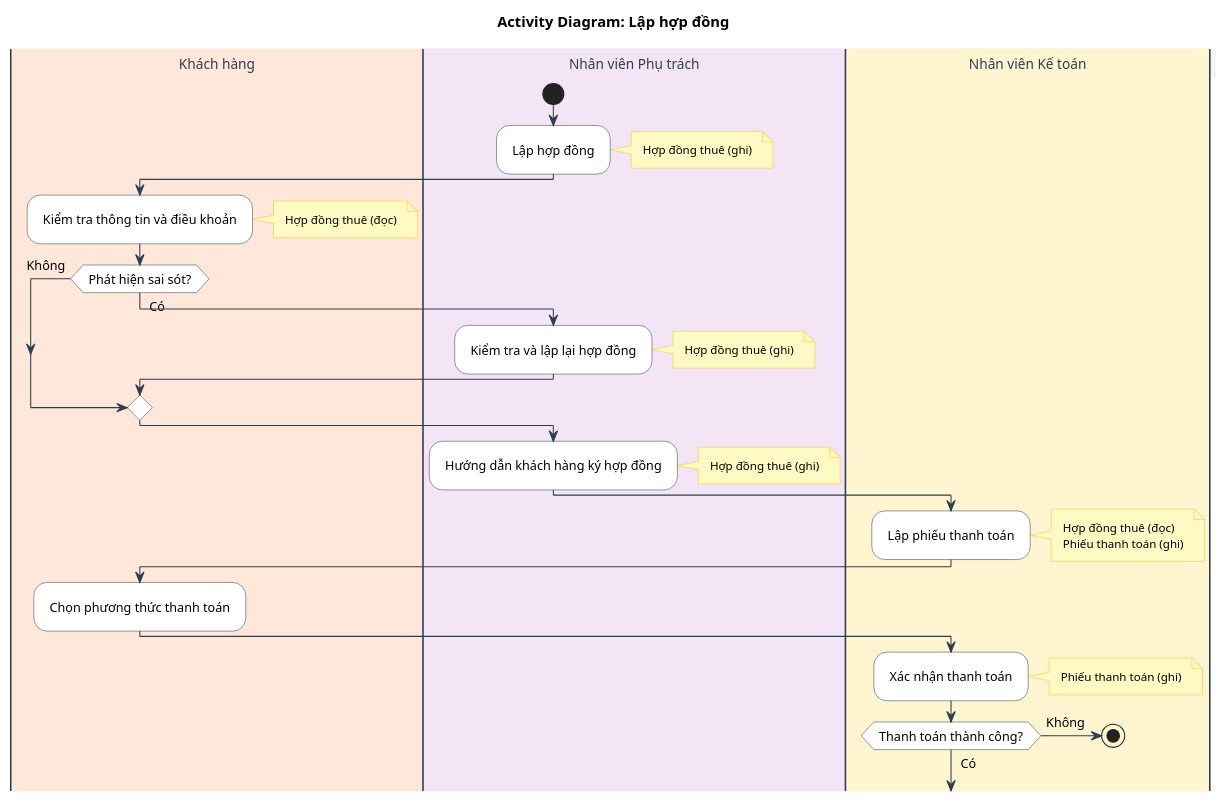
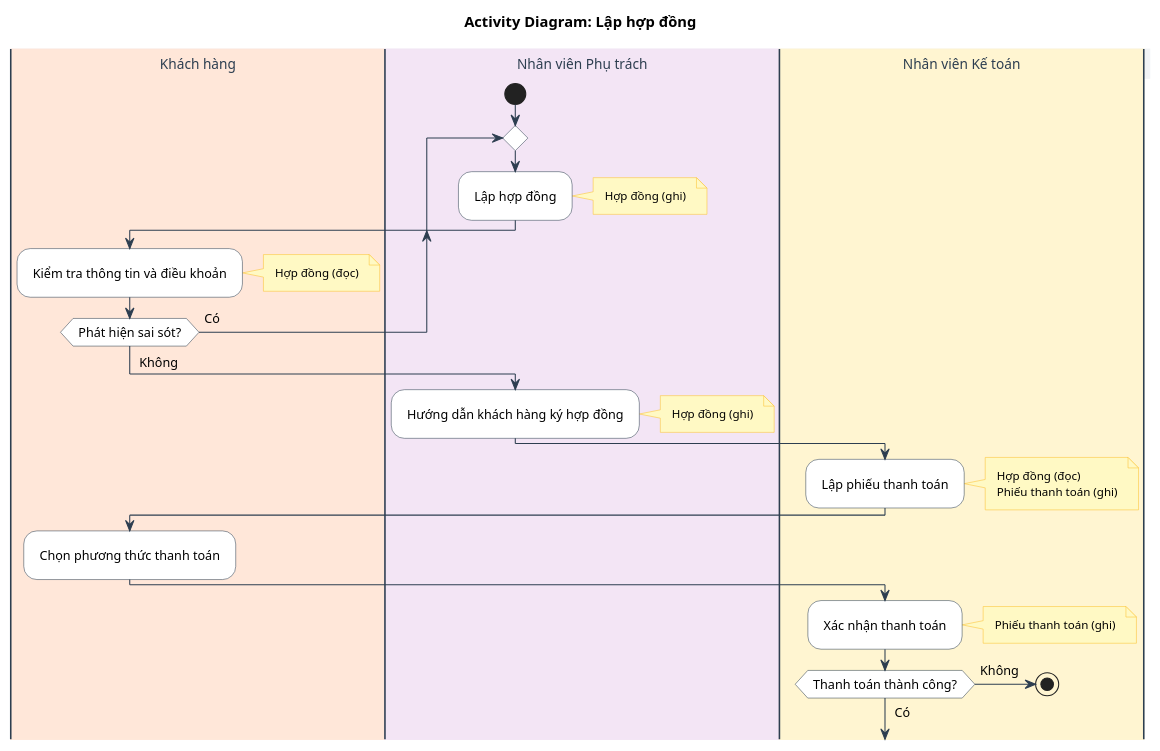
One commit to Gnourt812005/HCMUS-Analyze-and-desgin-IS changed the diagram in doc/business/activity/lap_hop_dong.wsd. Above: the diagram before and after it, drawn with PlantUML. The commit also changed 2 other files, not shown here.

```diff
--- a/doc/business/activity/lap_hop_dong.wsd
+++ b/doc/business/activity/lap_hop_dong.wsd
@@ -1,88 +1,77 @@
 @startuml LapHopDong
 title Activity Diagram: Lập hợp đồng
 
 ' --- STYLE CONFIGURATION ---
 skinparam {
     ActivityBackgroundColor White
     ActivityBorderColor #2D3E50
     ArrowColor #2D3E50
     DefaultFontName "Arial"
     DefaultFontSize 12
     Padding 5
 
     ' Swimlane styling
     SwimlaneBorderColor #2D3E50
     SwimlaneTitleBackgroundColor #F1F3F5
     SwimlaneTitleFontSize 13
     SwimlaneTitleFontColor #2D3E50
     
     ' Note styling
     NoteBackgroundColor #FFF9C4
     NoteBorderColor #FBC02D
     NoteFontSize 11
 }
 
 ' --- SWIMLANES ---
 |#FFE7D9|Khách hàng|
 |#F3E5F5|Nhân viên Phụ trách|
 |#FFF5D1|Nhân viên Kế toán|
 
 
 
 |Nhân viên Phụ trách|
 start
 
-:Lập hợp đồng;
+repeat
+    :Lập hợp đồng;
+    note right: Hợp đồng (ghi)
 
-note right
-    Hợp đồng thuê (ghi)
-end note
-
-|Khách hàng|
-:Kiểm tra thông tin và điều khoản;
-
-note right
-    Hợp đồng thuê (đọc)
-end note
-
-if (Phát hiện sai sót?) then (Có)
-    |Nhân viên Phụ trách|
-    :Kiểm tra và lập lại hợp đồng;
-    note right
-        Hợp đồng thuê (ghi)
-    end note
-else (Không)
-endif
+    |Khách hàng|
+    :Kiểm tra thông tin và điều khoản;
+    note right: Hợp đồng (đọc)
+    
+repeat while (Phát hiện sai sót?) is (Có)
+-> Không;
 
 |Nhân viên Phụ trách|
 :Hướng dẫn khách hàng ký hợp đồng;
 
 note right
-    Hợp đồng thuê (ghi)
+    Hợp đồng (ghi)
 end note
 
 |Nhân viên Kế toán|
 :Lập phiếu thanh toán;
 
 note right
-    Hợp đồng thuê (đọc)
+    Hợp đồng (đọc)
     Phiếu thanh toán (ghi)
 end note
 
 
 |Khách hàng|
 :Chọn phương thức thanh toán;
 
 |Nhân viên Kế toán|
 :Xác nhận thanh toán;
 
 note right
     Phiếu thanh toán (ghi)
 end note
 
 if (Thanh toán thành công?) then (Có)
 else (Không)
     stop
 endif
 
 @enduml
```
